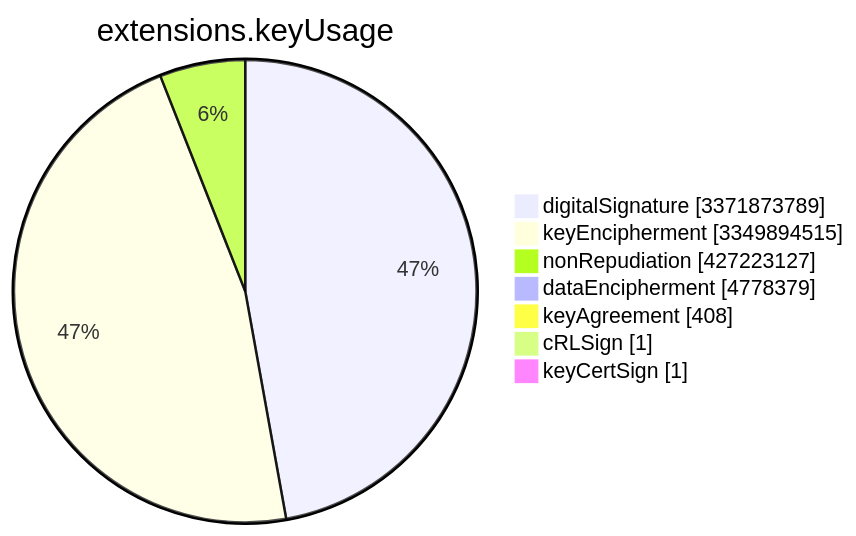
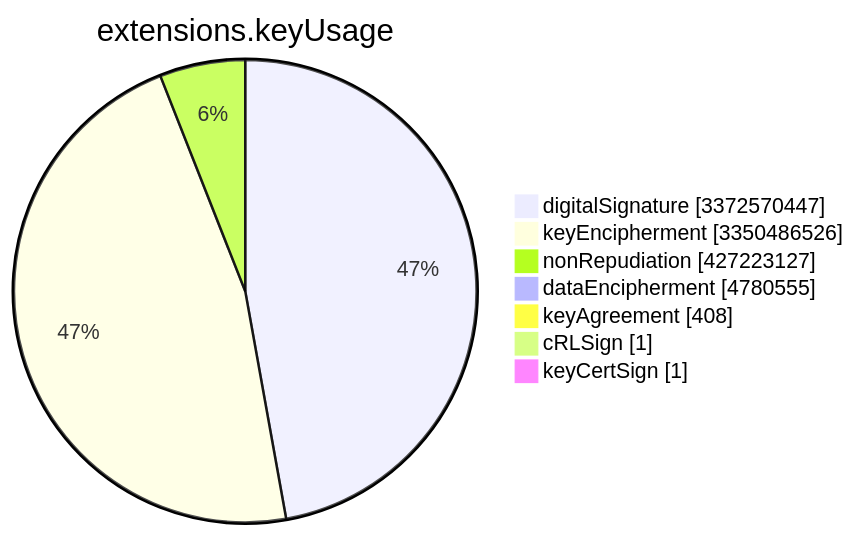
Before and after one commit to christiankrug/ctmonitor_visualization: the sixth of 15 diagrams in TOTAL/README.md, drawn with Mermaid. The commit also changed other lines of this file, not shown here.

````diff
--- a/TOTAL/README.md
+++ b/TOTAL/README.md
@@ -3079,11 +3079,11 @@
 ```mermaid
 pie showData
 title extensions.keyUsage
-"digitalSignature" :3371873789
-"keyEncipherment" :3349894515
+"digitalSignature" :3372570447
+"keyEncipherment" :3350486526
 "nonRepudiation" :427223127
-"dataEncipherment" :4778379
+"dataEncipherment" :4780555
 "keyAgreement" :408
 "cRLSign" :1
 "keyCertSign" :1
 ```
````
